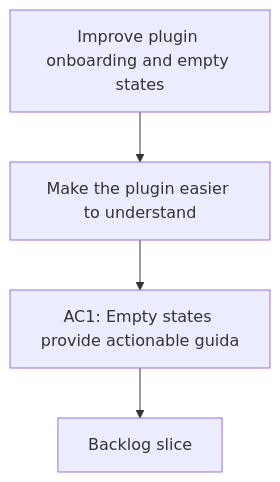
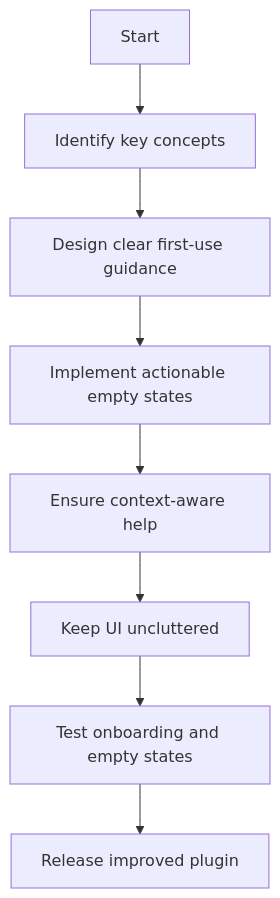
The diagram in logics/request/req_043_improve_plugin_onboarding_and_empty_states.md (AlexAgo83/logics-manager), drawn with Mermaid before and after one commit. The commit also changed 50 other files, not shown here.

````diff
--- a/logics/request/req_043_improve_plugin_onboarding_and_empty_states.md
+++ b/logics/request/req_043_improve_plugin_onboarding_and_empty_states.md
@@ -10,8 +10,12 @@
 ```mermaid
 %% logics-kind: request
 %% logics-signature: request|improve-plugin-onboarding-and-empty-stat|make-the-plugin-easier-to-understand|ac1-empty-states-provide-actionable-guid
 flowchart TD
-    Trigger[Improve plugin onboarding and empty states] --> Need[Make the plugin easier to understand]
-    Need --> Outcome[AC1: Empty states provide actionable guida]
-    Outcome --> Backlog[Backlog slice]
+    A[Start] --> B[Identify key concepts]
+    B --> C[Design clear first-use guidance]
+    C --> D[Implement actionable empty states]
+    D --> E[Ensure context-aware help]
+    E --> F[Keep UI uncluttered]
+    F --> G[Test onboarding and empty states]
+    G --> H[Release improved plugin]
 ```
````
